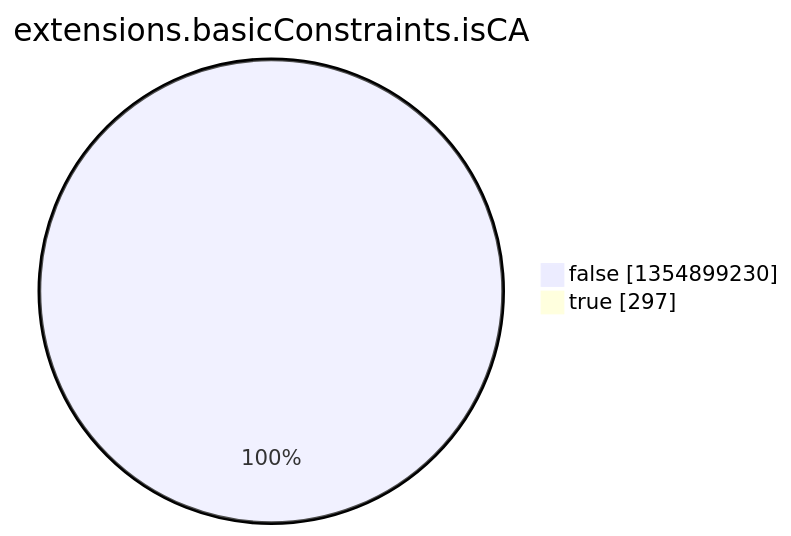
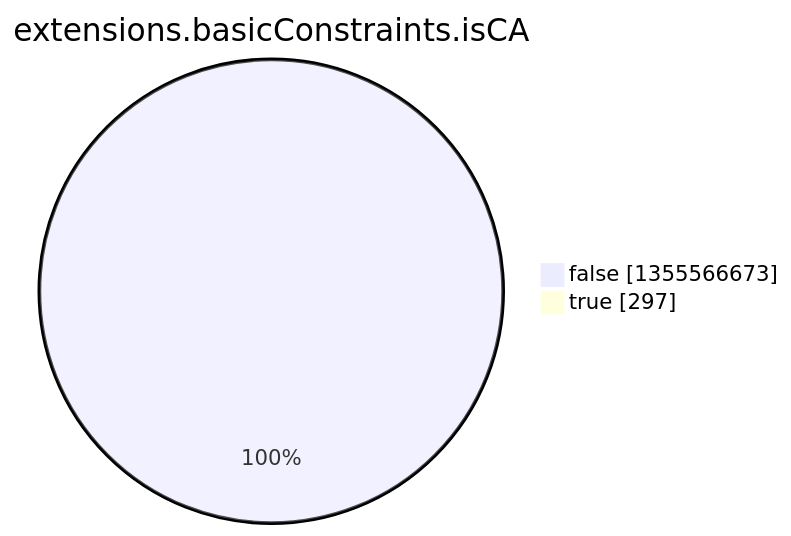
One commit to christiankrug/ctmonitor_visualization changed the eighth of 15 diagrams in argon2022/README.md. Above: the diagram before and after it, drawn with Mermaid. The commit also changed other lines of this file, not shown here.

````diff
--- a/argon2022/README.md
+++ b/argon2022/README.md
@@ -2758,6 +2758,6 @@
 ```mermaid
 pie showData
 title extensions.basicConstraints.isCA
-"false" :1354899230
+"false" :1355566673
 "true" :297
 ```
````
